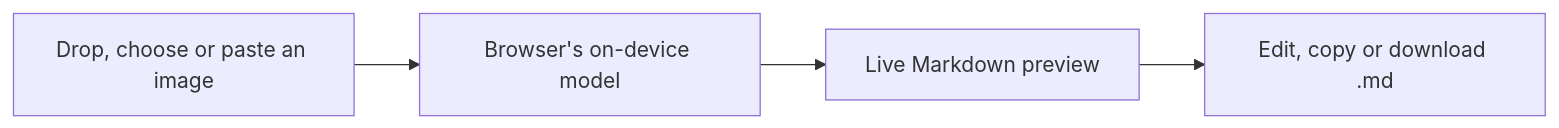
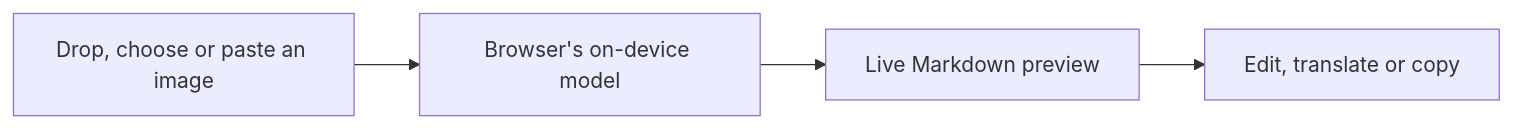
The diagram in README.md (phanxuanquang/XCan-AI), drawn with Mermaid before and after one commit. The commit also changed other lines of this file and 5 other files, not shown here.

````diff
--- a/README.md
+++ b/README.md
@@ -7,5 +7,5 @@
 ```mermaid
 flowchart LR
     I["Drop, choose or paste an image"] --> M["Browser's on-device model"] --> R["Live Markdown preview"]
-    R --> A["Edit, copy or download .md"]
+    R --> A["Edit, translate or copy"]
 ```
````
